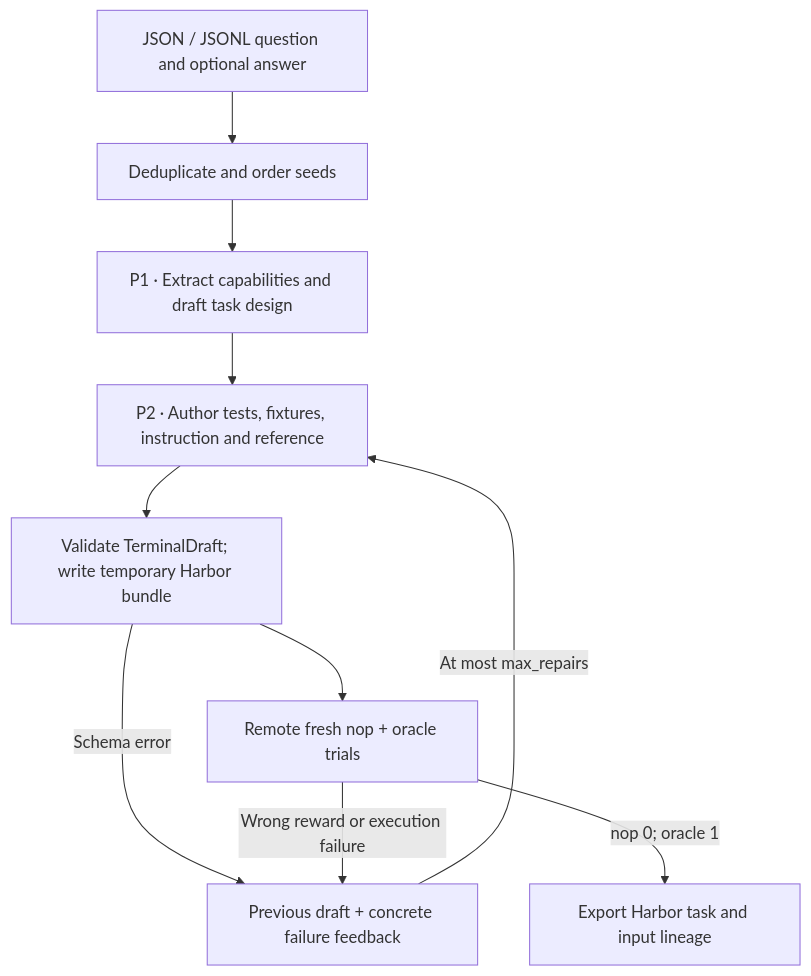
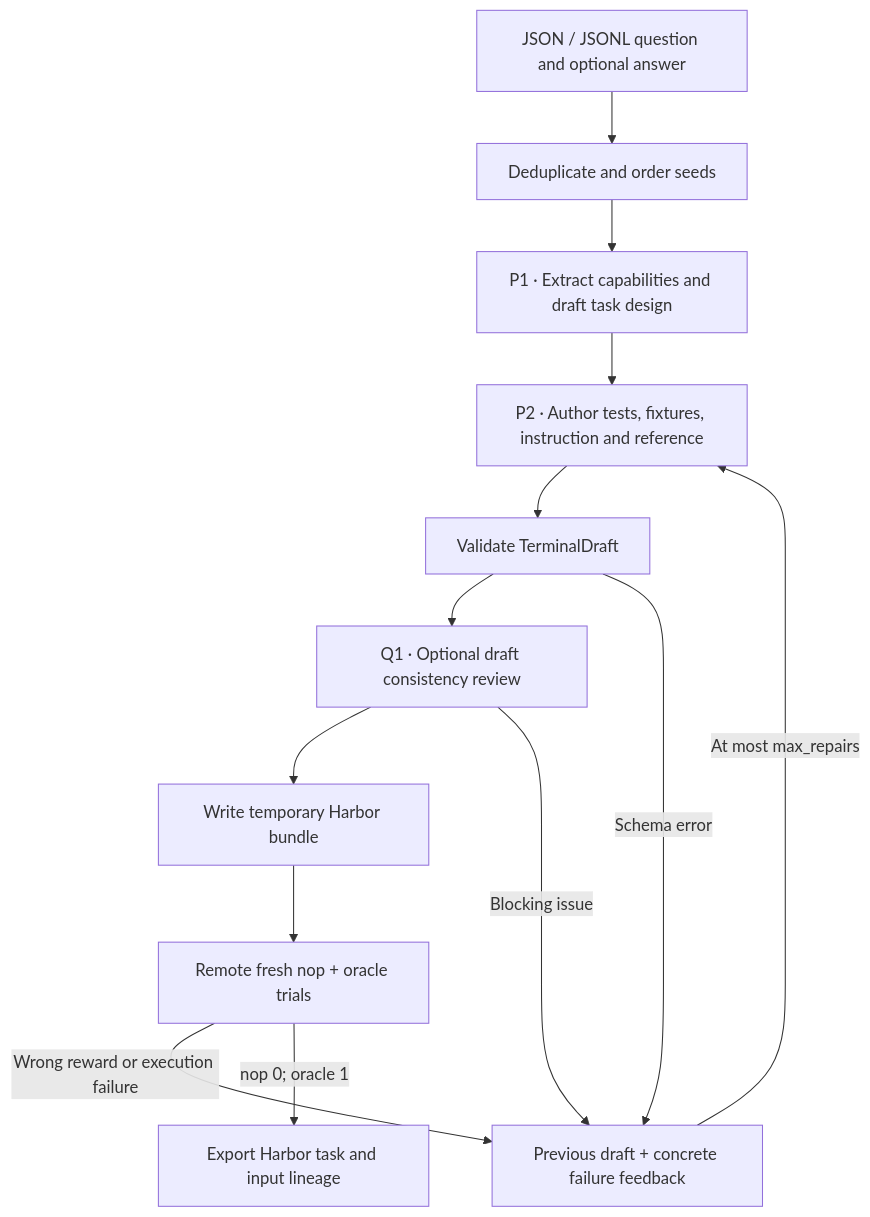
Before and after one commit to huggingface/Repo2RLEnv: the diagram in docs/pipelines/terminal_synth.md, drawn with Mermaid. The commit also changed other lines of this file and 70 other files, not shown here.

````diff
--- a/docs/pipelines/terminal_synth.md
+++ b/docs/pipelines/terminal_synth.md
@@ -11,12 +11,15 @@
 ```mermaid
 flowchart TD
   S["JSON / JSONL question and optional answer"] --> D["Deduplicate and order seeds"]
   D --> P1["P1 · Extract capabilities and draft task design"]
   P1 --> P2["P2 · Author tests, fixtures, instruction and reference"]
-  P2 --> V["Validate TerminalDraft; write temporary Harbor bundle"]
-  V --> R["Remote fresh nop + oracle trials"]
+  P2 --> V["Validate TerminalDraft"]
+  V --> Q["Q1 · Optional draft consistency review"]
+  Q --> E["Write temporary Harbor bundle"]
+  E --> R["Remote fresh nop + oracle trials"]
+  Q -->|"Blocking issue"| F
   V -->|"Schema error"| F["Previous draft + concrete failure feedback"]
   R -->|"Wrong reward or execution failure"| F
   F -->|"At most max_repairs"| P2
   R -->|"nop 0; oracle 1"| H["Export Harbor task and input lineage"]
 ```
````
